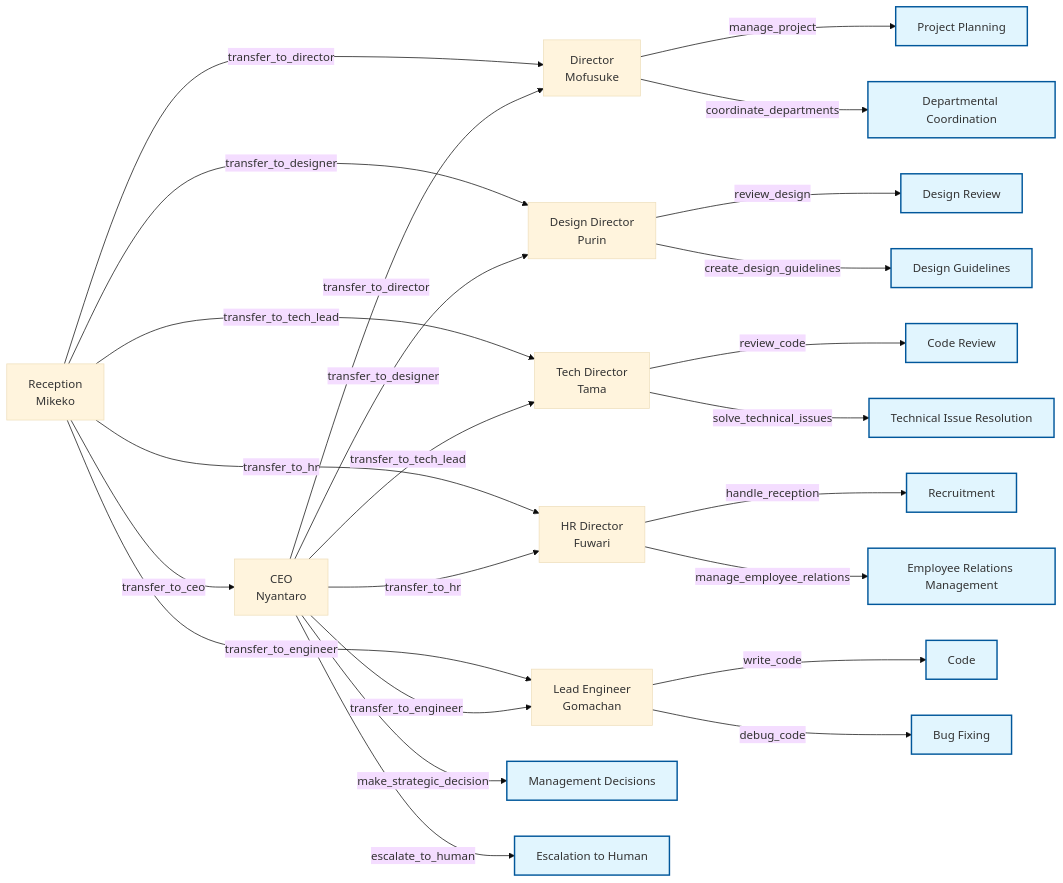
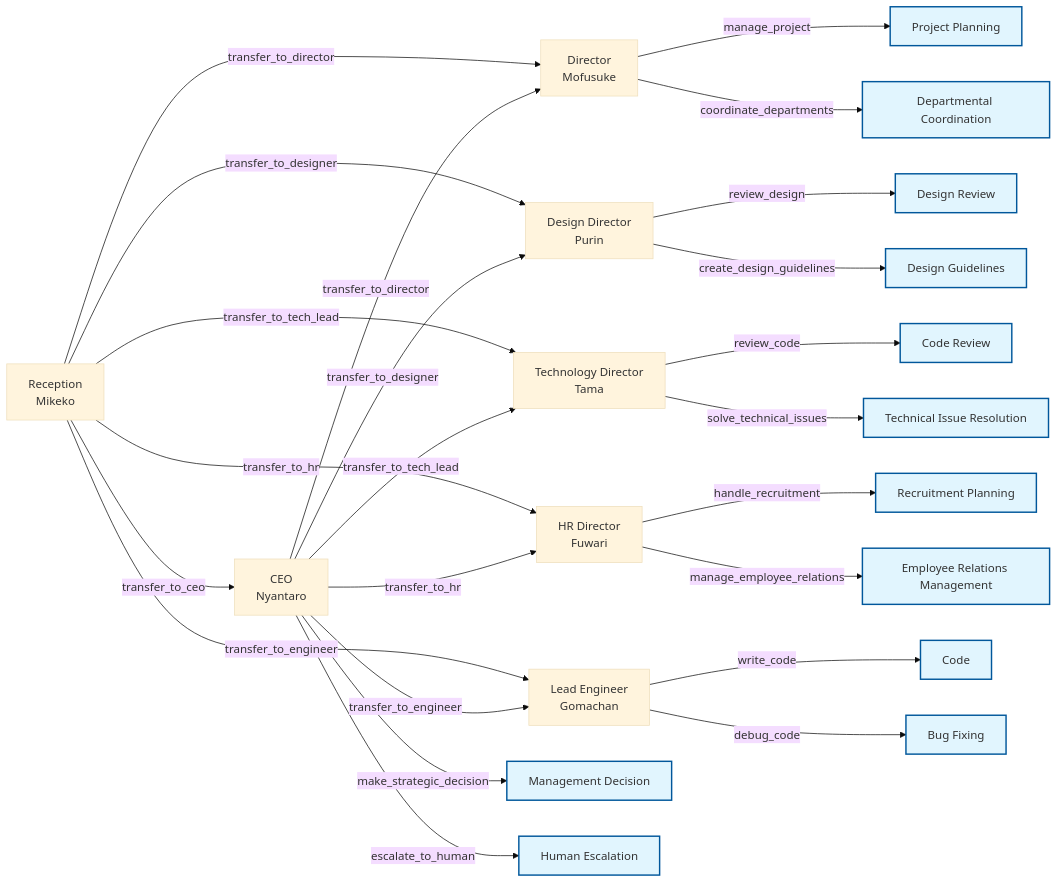
One commit to Sunwood-ai-labs/swarm-neko-neko-company changed the diagram in docs/README.en.md. Above: the diagram before and after it, drawn with Mermaid. The commit also changed other lines of this file, not shown here.

````diff
--- a/docs/README.en.md
+++ b/docs/README.en.md
@@ -58,38 +59,38 @@
 ```mermaid
 %%{init: {'theme':'base'}}%%
 graph LR
     A[CEO<br>Nyantaro] -->|transfer_to_director| B[Director<br>Mofusuke]
     A -->|transfer_to_designer| C[Design Director<br>Purin]
-    A -->|transfer_to_tech_lead| D[Tech Director<br>Tama]
+    A -->|transfer_to_tech_lead| D[Technology Director<br>Tama]
     A -->|transfer_to_hr| E[HR Director<br>Fuwari]
     A -->|transfer_to_engineer| F[Lead Engineer<br>Gomachan]
     G[Reception<br>Mikeko] -->|transfer_to_ceo| A
     G -->|transfer_to_director| B
     G -->|transfer_to_designer| C
     G -->|transfer_to_tech_lead| D
     G -->|transfer_to_hr| E
     G -->|transfer_to_engineer| F
 
-    %% 各エージェントの実行関数と成果
-    A -->|make_strategic_decision| S[Management Decisions]
-    A -->|escalate_to_human| H[Escalation to Human]
+    %% Each agent's functions and outputs
+    A -->|make_strategic_decision| S[Management Decision]
+    A -->|escalate_to_human| H[Human Escalation]
     
     B -->|manage_project| P[Project Planning]
     B -->|coordinate_departments| CD[Departmental Coordination]
     
     C -->|review_design| RD[Design Review]
     C -->|create_design_guidelines| DG[Design Guidelines]
     
     D -->|review_code| RC[Code Review]
     D -->|solve_technical_issues| TI[Technical Issue Resolution]
     
     F -->|write_code| WC[Code]
     F -->|debug_code| DC[Bug Fixing]
     
-    E -->|handle_reception| R[Recruitment]
+    E -->|handle_recruitment| R[Recruitment Planning]
     E -->|manage_employee_relations| ER[Employee Relations Management]
 
-    %% 成果物のスタイル
+    %% Output style
     classDef result fill:#e1f5fe,stroke:#01579b,stroke-width:2px
     class S,H,P,CD,RD,DG,RC,TI,WC,DC,R,ER result
 ```
````
